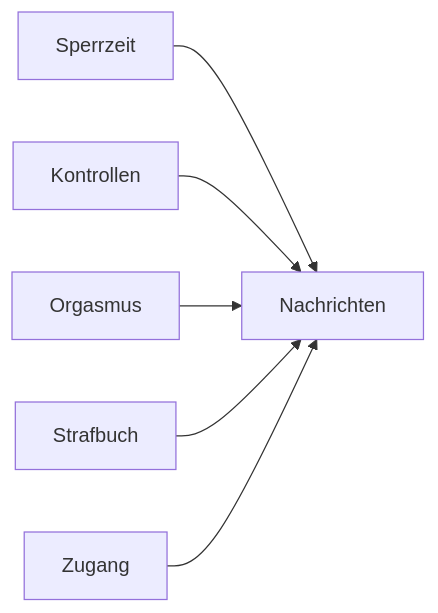
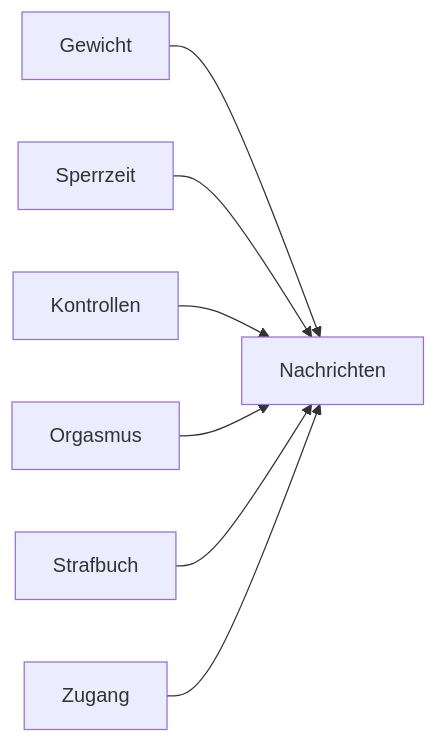
Before and after one commit to trublue-2/chastitytracker: diagram 11 of 18 in docs/funktionsmodell/05-abhaengigkeiten.md, drawn with Mermaid. The commit also changed other lines of this file and 24 other files, not shown here.

````diff
--- a/docs/funktionsmodell/05-abhaengigkeiten.md
+++ b/docs/funktionsmodell/05-abhaengigkeiten.md
@@ -482,9 +482,10 @@
 ```mermaid
 flowchart LR
   nNachrichten["Nachrichten"]
+  nGewicht["Gewicht"] --> nNachrichten
   nSperrzeit["Sperrzeit"] --> nNachrichten
   nKontrollen["Kontrollen"] --> nNachrichten
   nOrgasmus["Orgasmus"] --> nNachrichten
   nStrafbuch["Strafbuch"] --> nNachrichten
   nZugang["Zugang"] --> nNachrichten
 ```
````
